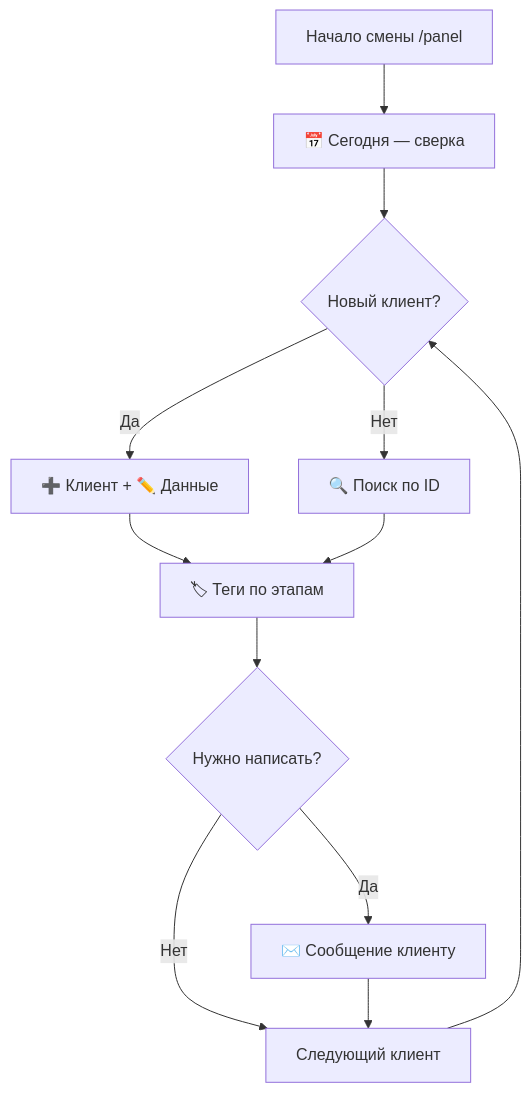
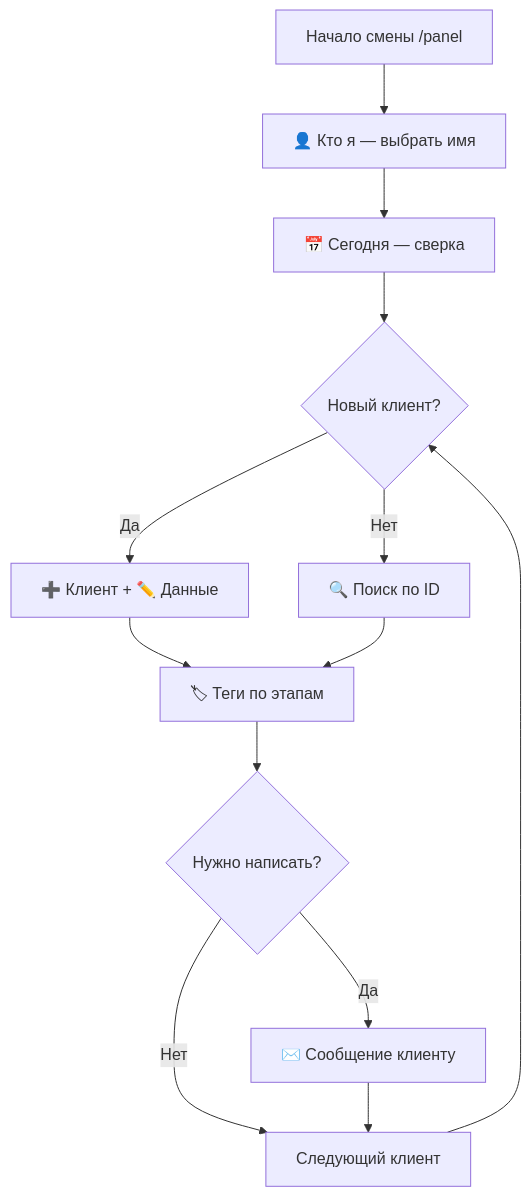
The diagram in docs/OPERATOR_GUIDE.md (returnderek0501/bozor-miniapp), drawn with Mermaid before and after one commit. The commit also changed other lines of this file and 7 other files, not shown here.

````diff
--- a/docs/OPERATOR_GUIDE.md
+++ b/docs/OPERATOR_GUIDE.md
@@ -250,14 +267,15 @@
 ```mermaid
 flowchart TD
-    A[Начало смены /panel] --> B[📅 Сегодня — сверка]
+    A[Начало смены /panel] --> A2[👤 Кто я — выбрать имя]
+    A2 --> B[📅 Сегодня — сверка]
     B --> C{Новый клиент?}
     C -->|Да| D[➕ Клиент + ✏️ Данные]
     C -->|Нет| E[🔍 Поиск по ID]
     D --> F[🏷 Теги по этапам]
     E --> F
     F --> G{Нужно написать?}
     G -->|Да| H[✉️ Сообщение клиенту]
     G -->|Нет| I[Следующий клиент]
     H --> I
     I --> C
 ```
````
